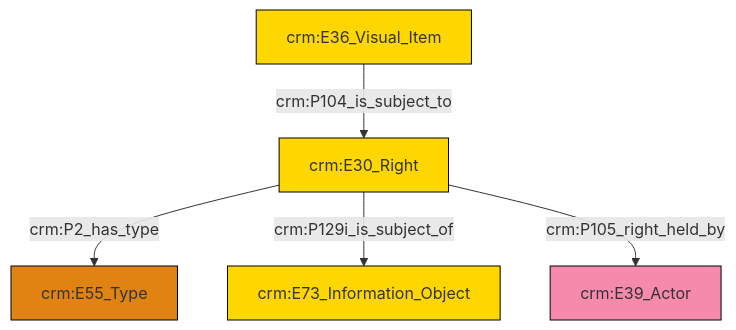
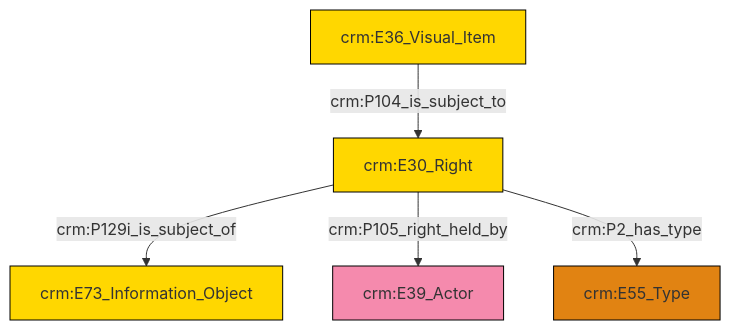
One commit to swiss-art-research-net/docs.swissartresearch changed the diagram in et/imgCSV/ttl/mmd/img_rights.ttl.mmd. Above: the diagram before and after it, drawn with Mermaid. The commit also changed 210 other files, not shown here.

```diff
--- a/et/imgCSV/ttl/mmd/img_rights.ttl.mmd
+++ b/et/imgCSV/ttl/mmd/img_rights.ttl.mmd
@@ -1,19 +1,19 @@
 graph TD
 classDef Literal fill:#f2f2f2,stroke:#000000;
 classDef CRM_Entity fill:#FFFFFF,stroke:#000000;
 classDef Temporal_Entity fill:#00C9E6, stroke:#000000;
 classDef Type fill:#E18312, stroke:#000000;
 classDef Time-Span fill:#2C9C91, stroke:#000000;
 classDef Appellation fill:#FFEB7F, stroke:#000000;
 classDef Place fill:#008836, stroke:#000000;
 classDef Persistent_Item fill:#B266B2, stroke:#000000;
 classDef Conceptual_Object fill:#FFD700, stroke:#000000;
 classDef Physical_Thing fill:#D2B48C, stroke:#000000;
 classDef Actor fill:#f58aad, stroke:#000000;
 classDef PC_Classes fill:#4ce600, stroke:#000000;
 classDef Multi fill:#cccccc,stroke:#000000;
 
-0["crm:E30_Right"]:::Conceptual_Object -->|crm:P2_has_type| 1["crm:E55_Type"]:::Type
-0["crm:E30_Right"]:::Conceptual_Object -->|crm:P129i_is_subject_of| 4["crm:E73_Information_Object"]:::Conceptual_Object
-0["crm:E30_Right"]:::Conceptual_Object -->|crm:P105_right_held_by| 5["crm:E39_Actor"]:::Actor
-6["crm:E36_Visual_Item"]:::Conceptual_Object -->|crm:P104_is_subject_to| 0["crm:E30_Right"]:::Conceptual_Object
+2["crm:E30_Right"]:::Conceptual_Object -->|crm:P129i_is_subject_of| 3["crm:E73_Information_Object"]:::Conceptual_Object
+0["crm:E36_Visual_Item"]:::Conceptual_Object -->|crm:P104_is_subject_to| 2["crm:E30_Right"]:::Conceptual_Object
+2["crm:E30_Right"]:::Conceptual_Object -->|crm:P105_right_held_by| 4["crm:E39_Actor"]:::Actor
+2["crm:E30_Right"]:::Conceptual_Object -->|crm:P2_has_type| 6["crm:E55_Type"]:::Type
```
